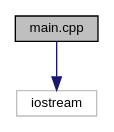
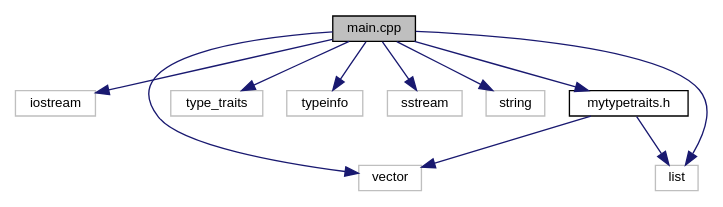
The diagram in main_8cpp__incl.dot (Porphyrion/otus.lesson.4), drawn with Graphviz before and after one commit. The commit also changed 37 other files, not shown here.

```diff
--- a/main_8cpp__incl.dot
+++ b/main_8cpp__incl.dot
@@ -1,8 +1,24 @@
 digraph "main.cpp"
 {
   edge [fontname="Helvetica",fontsize="10",labelfontname="Helvetica",labelfontsize="10"];
   node [fontname="Helvetica",fontsize="10",shape=record];
   Node1 [label="main.cpp",height=0.2,width=0.4,color="black", fillcolor="grey75", style="filled" fontcolor="black"];
   Node1 -> Node2 [color="midnightblue",fontsize="10",style="solid",fontname="Helvetica"];
   Node2 [label="iostream",height=0.2,width=0.4,color="grey75", fillcolor="white", style="filled"];
+  Node1 -> Node3 [color="midnightblue",fontsize="10",style="solid",fontname="Helvetica"];
+  Node3 [label="vector",height=0.2,width=0.4,color="grey75", fillcolor="white", style="filled"];
+  Node1 -> Node4 [color="midnightblue",fontsize="10",style="solid",fontname="Helvetica"];
+  Node4 [label="type_traits",height=0.2,width=0.4,color="grey75", fillcolor="white", style="filled"];
+  Node1 -> Node5 [color="midnightblue",fontsize="10",style="solid",fontname="Helvetica"];
+  Node5 [label="typeinfo",height=0.2,width=0.4,color="grey75", fillcolor="white", style="filled"];
+  Node1 -> Node6 [color="midnightblue",fontsize="10",style="solid",fontname="Helvetica"];
+  Node6 [label="sstream",height=0.2,width=0.4,color="grey75", fillcolor="white", style="filled"];
+  Node1 -> Node7 [color="midnightblue",fontsize="10",style="solid",fontname="Helvetica"];
+  Node7 [label="string",height=0.2,width=0.4,color="grey75", fillcolor="white", style="filled"];
+  Node1 -> Node8 [color="midnightblue",fontsize="10",style="solid",fontname="Helvetica"];
+  Node8 [label="list",height=0.2,width=0.4,color="grey75", fillcolor="white", style="filled"];
+  Node1 -> Node9 [color="midnightblue",fontsize="10",style="solid",fontname="Helvetica"];
+  Node9 [label="mytypetraits.h",height=0.2,width=0.4,color="black", fillcolor="white", style="filled",URL="$mytypetraits_8h.html"];
+  Node9 -> Node3 [color="midnightblue",fontsize="10",style="solid",fontname="Helvetica"];
+  Node9 -> Node8 [color="midnightblue",fontsize="10",style="solid",fontname="Helvetica"];
 }
```
